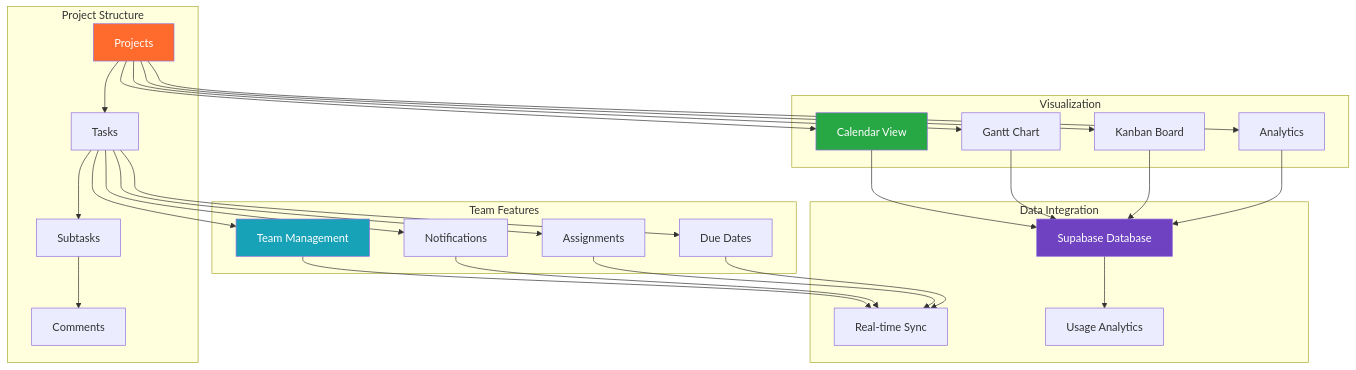
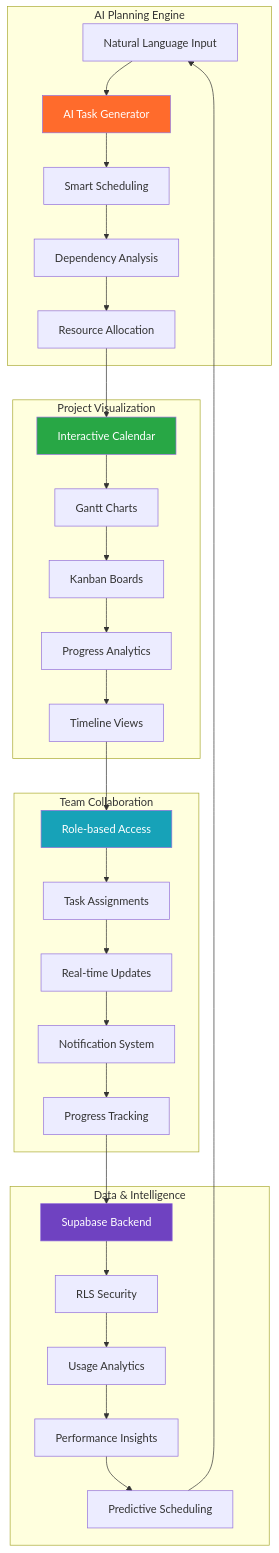
One commit to Kedhareswer/thesisflow-ai changed the fourth of 8 diagrams in README.md. Above: the diagram before and after it, drawn with Mermaid. The commit also changed other lines of this file, not shown here.

````diff
--- a/README.md
+++ b/README.md
@@ -247,39 +279,40 @@
 ```mermaid
 flowchart TB
-    subgraph "Project Structure"
-        A[Projects] --> B[Tasks]
-        B --> C[Subtasks]
-        C --> D[Comments]
+    subgraph "AI Planning Engine"
+        A[Natural Language Input] --> B[AI Task Generator]
+        B --> C[Smart Scheduling]
+        C --> D[Dependency Analysis]
+        D --> E[Resource Allocation]
     end
     
-    subgraph "Visualization"
-        E[Calendar View]
-        F[Gantt Chart]
-        G[Kanban Board]
-        H[Analytics]
+    subgraph "Project Visualization"
+        F[Interactive Calendar] --> G[Gantt Charts]
+        G --> H[Kanban Boards]
+        H --> I[Progress Analytics]
+        I --> J[Timeline Views]
     end
     
-    subgraph "Team Features"
-        I[Team Management]
-        J[Notifications]
-        K[Assignments]
-        L[Due Dates]
+    subgraph "Team Collaboration"
+        K[Role-based Access] --> L[Task Assignments]
+        L --> M[Real-time Updates]
+        M --> N[Notification System]
+        N --> O[Progress Tracking]
     end
     
-    subgraph "Data Integration"
-        M[Supabase Database]
-        N[Real-time Sync]
-        O[Usage Analytics]
+    subgraph "Data & Intelligence"
+        P[Supabase Backend] --> Q[RLS Security]
+        Q --> R[Usage Analytics]
+        R --> S[Performance Insights]
+        S --> T[Predictive Scheduling]
     end
     
-    A --> E & F & G & H
-    B --> I & J & K & L
-    E & F & G & H --> M
-    I & J & K & L --> N
-    M --> O
+    E --> F
+    J --> K
+    O --> P
+    T --> A
     
-    style A fill:#FF6B2C,color:#fff
-    style E fill:#28a745,color:#fff
-    style I fill:#17a2b8,color:#fff
-    style M fill:#6f42c1,color:#fff
+    style B fill:#FF6B2C,color:#fff
+    style F fill:#28a745,color:#fff
+    style K fill:#17a2b8,color:#fff
+    style P fill:#6f42c1,color:#fff
 ```
````
